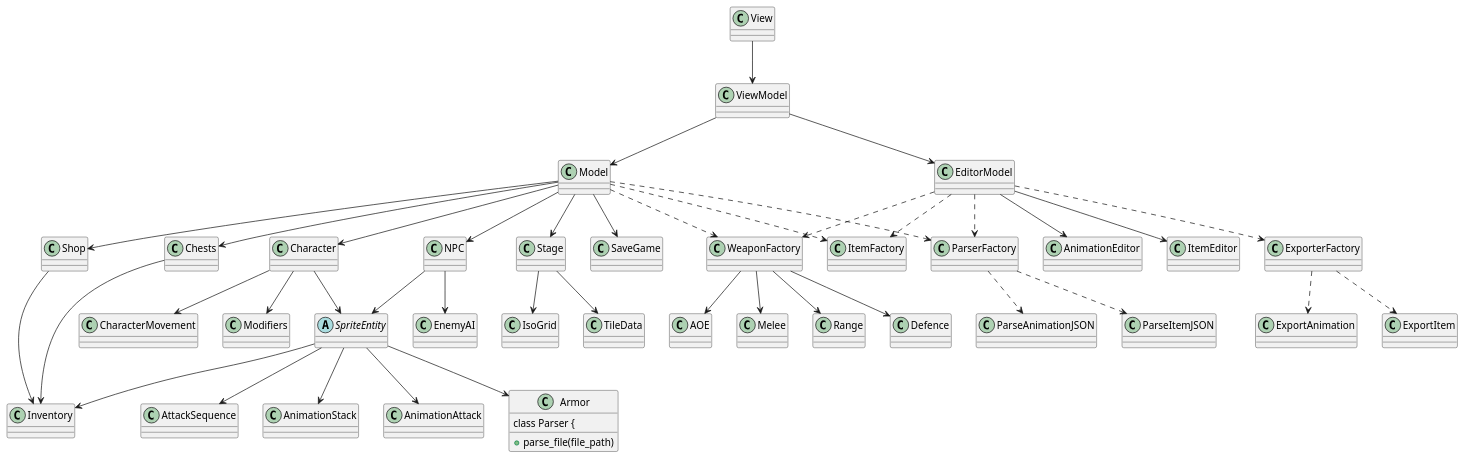
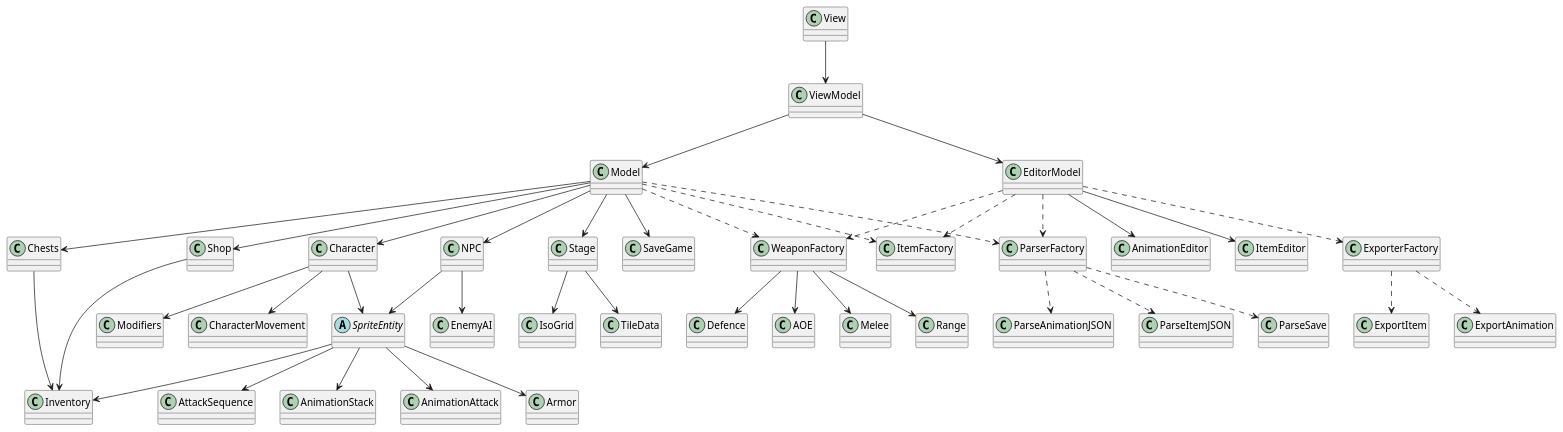
The diagram in Design/Class Diagram.puml (Uthjos/Project-Lapis-), drawn with PlantUML before and after one commit.

Commit message:
added parse save to Parser Factory

```diff
--- a/Design/Class Diagram.puml
+++ b/Design/Class Diagram.puml
@@ -1,191 +1,194 @@
 @startuml
 class View{
 
 }
 
 class ViewModel {
 
 }
 
 class Model {
 
 }
 
 class EditorModel{
 
 }
 
 class AnimationStack {
 
 }
 
 class Character {
 
 }
 
 class NPC {
 
 }
 
 class AnimationEditor{
 
 }
 
 class ItemEditor {
 
 }
 
 class Inventory {
 
 }
 
 class Shop {
 
 }
 
 class Chests {
 
 }
 
 class ItemFactory {
 
 }
 
 class WeaponFactory{
 
 }
 
 class CharacterMovement {
 
 }
 
 class EnemyAI {
 
 }
 
 class ExporterFactory {
 
 }
 
 class ParserFactory {
 
 }
 
 class AnimationAttack {
 
 }
 
 class ExportAnimation {
 
 }
 
 class ExportItem {
 
 }
 
 class Stage {
 
 }
 
 class IsoGrid {
 
 }
 
 class TileData {
 
 }
 
 class Armor {
 
-class Parser {
-    +parse_file(file_path)
 }
 
 class SaveGame {
 
 }
 
 class Modifiers {
 
 }
 
 class AttackSequence {
 
 }
 
 class AOE {
 
 }
 
 class Melee{
 
 }
 
 class Range {
 
 }
 
 class Defence {
 
 }
 
 abstract class SpriteEntity {
+
+}
+
+class ParseSave {
 
 }
 
 class ParseAnimationJSON
 
 View --> ViewModel
 ViewModel --> Model
 ViewModel --> EditorModel
 
 EditorModel ..> ExporterFactory
 EditorModel ..> ParserFactory
 EditorModel --> ItemEditor
 EditorModel --> AnimationEditor
 EditorModel ..> WeaponFactory
 EditorModel ..> ItemFactory
 
 Model --> Stage
 Model --> Character
 Model --> NPC
 Model --> SaveGame
 Model ..> ParserFactory
 Model ..> WeaponFactory
 Model --> Chests
 Model --> Shop
 Model ..> ItemFactory
 
 Character --> SpriteEntity
 Character --> CharacterMovement
 Character --> Modifiers
 
 
 NPC --> SpriteEntity
 NPC --> EnemyAI
 
 SpriteEntity --> AnimationAttack
 SpriteEntity --> AnimationStack
 SpriteEntity --> Armor
 SpriteEntity --> AttackSequence
 SpriteEntity --> Inventory
 
 
 Shop --> Inventory
 
 Chests --> Inventory
 
 ExporterFactory ..> ExportItem
 ExporterFactory ..> ExportAnimation
 
 WeaponFactory --> Melee
 WeaponFactory --> Range
 WeaponFactory --> AOE
 WeaponFactory --> Defence
 
 ParserFactory ..> ParseItemJSON
 ParserFactory ..> ParseAnimationJSON
+ParserFactory ..> ParseSave
 
 Stage --> IsoGrid
 Stage --> TileData
 @enduml
```
